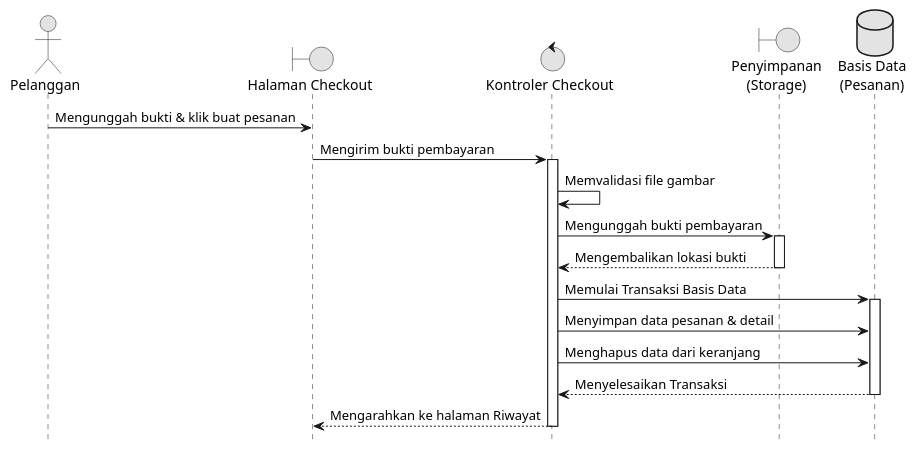
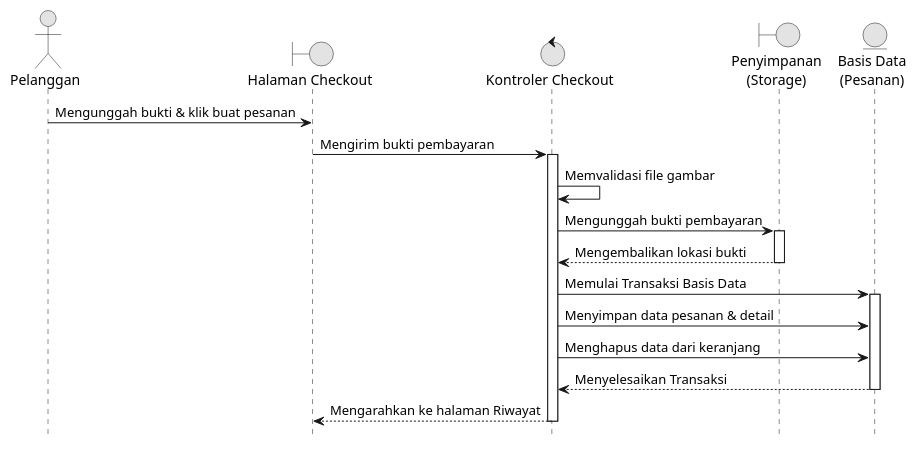
Before and after one commit to Reyonl/project_TA: the fourth of 12 diagrams in docs/diagrams/semua_diagram.puml, drawn with PlantUML. The commit also changed other lines of this file and 18 other files, not shown here.

```diff
--- a/docs/diagrams/semua_diagram.puml
+++ b/docs/diagrams/semua_diagram.puml
@@ -103,28 +103,28 @@
 @startuml 04_Checkout_Pesanan
 hide footbox
 skinparam monochrome true
 skinparam shadowing false
 
 actor "Pelanggan" as Customer
 boundary "Halaman Checkout" as View
 control "Kontroler Checkout" as Controller
 boundary "Penyimpanan\n(Storage)" as Storage
-database "Basis Data\n(Pesanan)" as DB
+entity "Basis Data\n(Pesanan)" as DB
 
 Customer -> View : Mengunggah bukti & klik buat pesanan
 View -> Controller : Mengirim bukti pembayaran
 activate Controller
 Controller -> Controller : Memvalidasi file gambar
 Controller -> Storage : Mengunggah bukti pembayaran
 activate Storage
 Storage --> Controller : Mengembalikan lokasi bukti
 deactivate Storage
 Controller -> DB : Memulai Transaksi Basis Data
 activate DB
 Controller -> DB : Menyimpan data pesanan & detail
 Controller -> DB : Menghapus data dari keranjang
 DB --> Controller : Menyelesaikan Transaksi
 deactivate DB
 Controller --> View : Mengarahkan ke halaman Riwayat
 deactivate Controller
 @enduml
```
